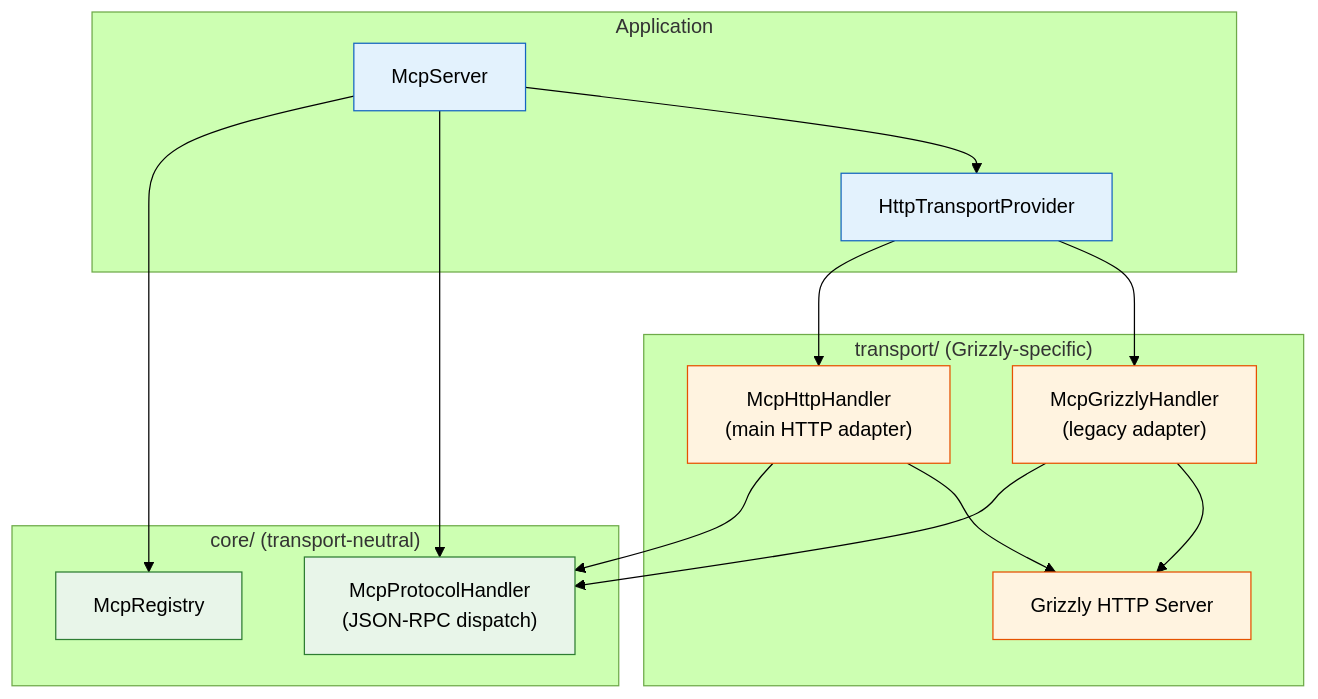
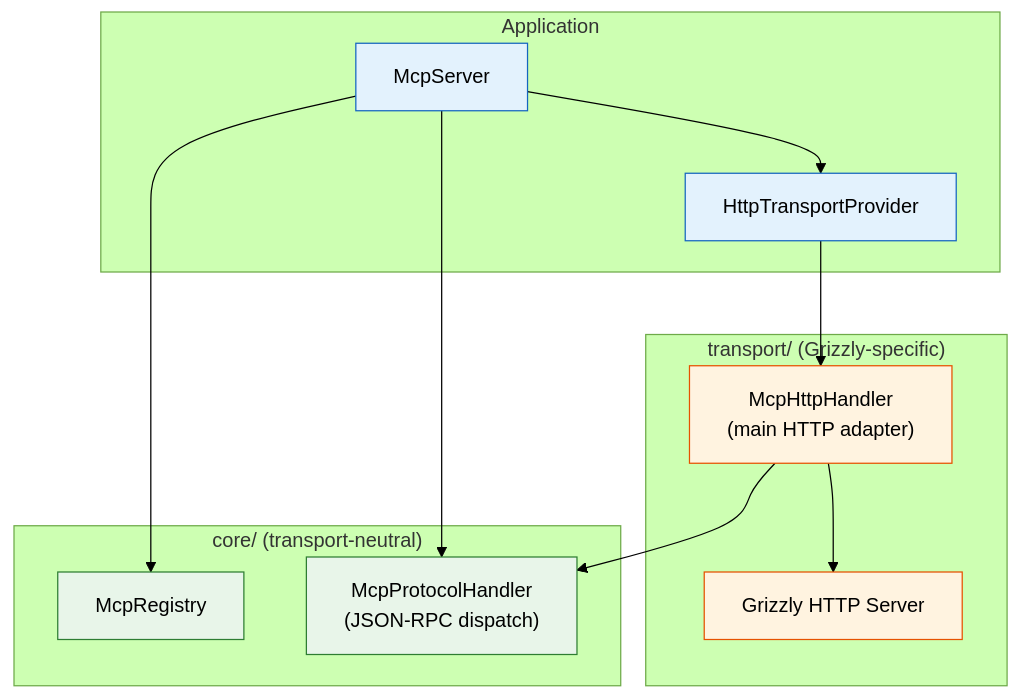
Before and after one commit to vinhphan812/mcp-java-sdk: the first of 2 diagrams in docs/adr/ADR-0002-grizzly-transport-isolation.md, drawn with Mermaid (forest theme). The commit also changed other lines of this file and 2 other files, not shown here.

Commit message:
docs(adr): remove McpGrizzlyHandler references — deleted, ADR-0002/ADR-0017/ADR-README updated

````diff
--- a/docs/adr/ADR-0002-grizzly-transport-isolation.md
+++ b/docs/adr/ADR-0002-grizzly-transport-isolation.md
@@ -27,36 +25,32 @@
 ```mermaid
 graph TD
     subgraph application["Application"]
         Server["McpServer"]
         Provider["HttpTransportProvider"]
     end
 
     subgraph core["core/ (transport-neutral)"]
         Registry["McpRegistry"]
         Protocol["McpProtocolHandler<br/>(JSON-RPC dispatch)"]
     end
 
     subgraph transport["transport/ (Grizzly-specific)"]
         HttpHandler["McpHttpHandler<br/>(main HTTP adapter)"]
-        GrizzlyHandler["McpGrizzlyHandler<br/>(legacy adapter)"]
         GrizzlyServer["Grizzly HTTP Server"]
     end
 
     Server --> Registry
     Server --> Protocol
     Server --> Provider
     Provider --> HttpHandler
     HttpHandler --> Protocol
     HttpHandler --> GrizzlyServer
-    Provider --> GrizzlyHandler
-    GrizzlyHandler --> Protocol
-    GrizzlyHandler --> GrizzlyServer
 
     classDef core fill:#e8f5e9,stroke:#2e7d32
     classDef transport fill:#fff3e0,stroke:#e65100
     classDef application fill:#e3f2fd,stroke:#1565c0
     classDef protocol fill:#f3e5f5,stroke:#7b1fa2
     class Registry,Protocol core
-    class HttpHandler,GrizzlyHandler,GrizzlyServer transport
+    class HttpHandler,GrizzlyServer transport
     class Server,Provider application
 ```
````
